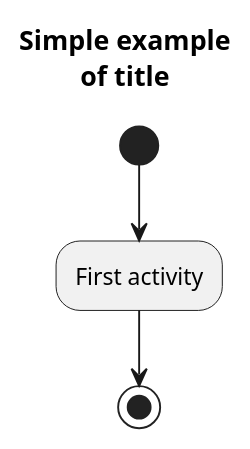
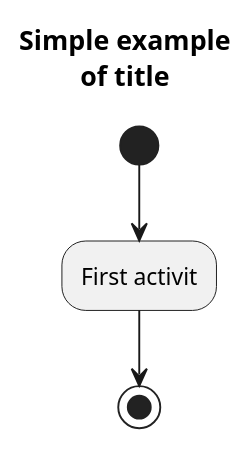
One commit to hirosige/node_plantuml changed the diagram in src/plantuml/activity/sample/title.pu. Above: the diagram before and after it, drawn with PlantUML. The commit also changed 2 other files, not shown here.

Commit message:
modify watch to remove UML tasks

```diff
--- a/src/plantuml/activity/sample/title.pu
+++ b/src/plantuml/activity/sample/title.pu
@@ -1,6 +1,6 @@
 @startuml
 title Simple example\nof title
 
-(*) --> "First activity"
+(*) --> "First activit"
 --> (*)
 @enduml
```
